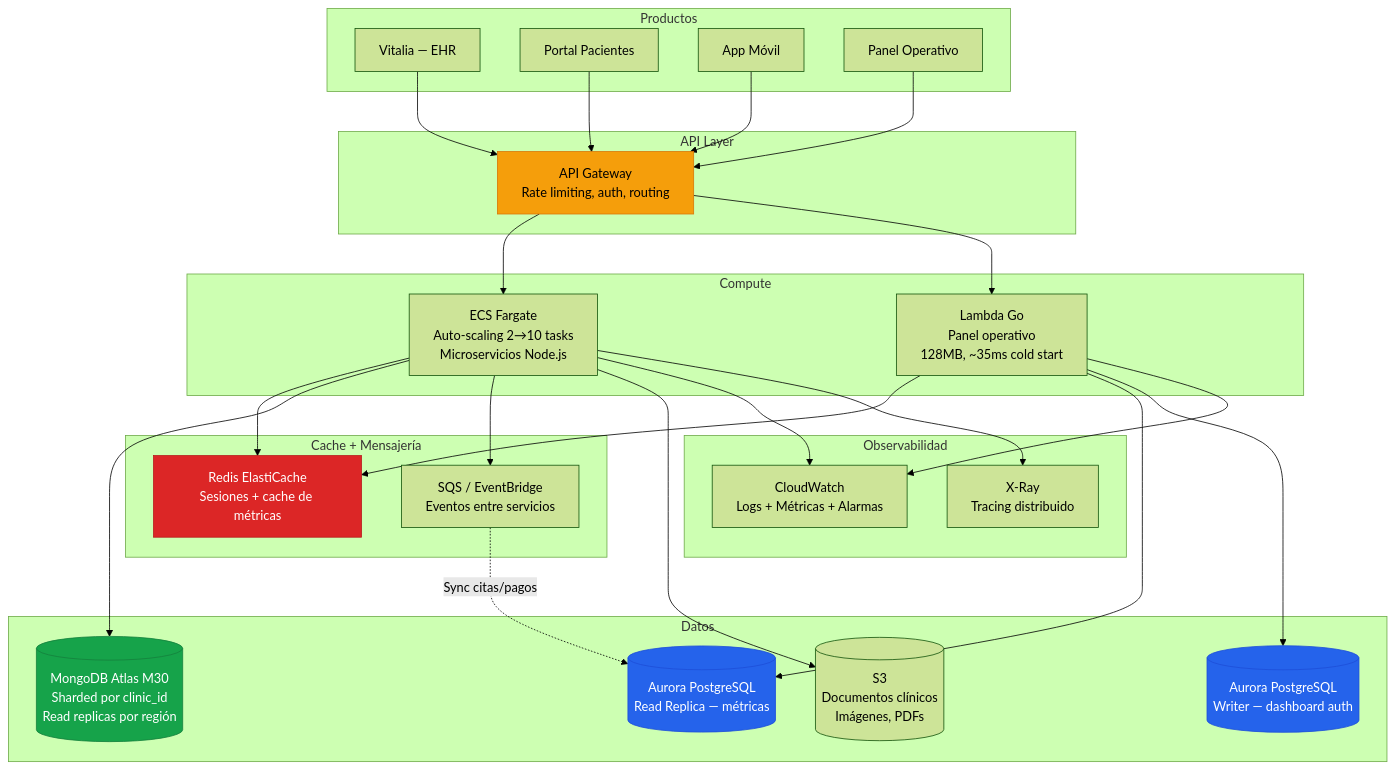
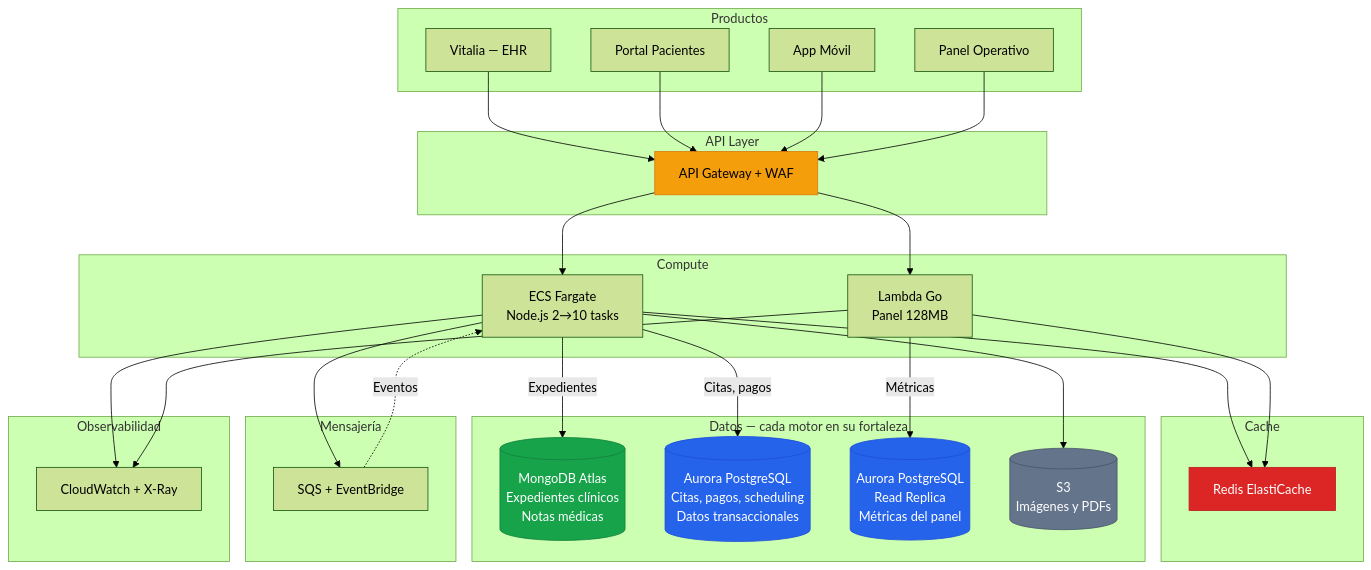
Diagram 13 of 20 in README.md (gmeono94/nua-salud-panel), drawn with Mermaid (forest theme) before and after one commit. The commit also changed other lines of this file, not shown here.

First line of the commit message:
docs: comprehensive README rewrite with CTO-level architecture decisions

````diff
--- a/README.md
+++ b/README.md
@@ -694,63 +700,65 @@
 ```mermaid
 graph TB
     subgraph "Productos"
         V[Vitalia — EHR]
         PP[Portal Pacientes]
         MA[App Móvil]
         DP[Panel Operativo]
     end
 
     subgraph "API Layer"
-        APIGW[API Gateway<br/>Rate limiting, auth, routing]
+        APIGW[API Gateway + WAF]
     end
 
     subgraph "Compute"
-        ECS[ECS Fargate<br/>Auto-scaling 2→10 tasks<br/>Microservicios Node.js]
-        LAM[Lambda Go<br/>Panel operativo<br/>128MB, ~35ms cold start]
+        ECS[ECS Fargate<br/>Node.js 2→10 tasks]
+        LAM[Lambda Go<br/>Panel 128MB]
     end
 
-    subgraph "Cache + Mensajería"
-        RC[Redis ElastiCache<br/>Sesiones + cache de métricas]
-        SQS[SQS / EventBridge<br/>Eventos entre servicios]
+    subgraph "Cache"
+        RC[Redis ElastiCache]
     end
 
-    subgraph "Datos"
-        MDB[(MongoDB Atlas M30<br/>Sharded por clinic_id<br/>Read replicas por región)]
-        PGW[(Aurora PostgreSQL<br/>Writer — dashboard auth)]
-        PGR[(Aurora PostgreSQL<br/>Read Replica — métricas)]
-        S3D[(S3<br/>Documentos clínicos<br/>Imágenes, PDFs)]
+    subgraph "Mensajería"
+        SQS[SQS + EventBridge]
+    end
+
+    subgraph "Datos — cada motor en su fortaleza"
+        MDB[(MongoDB Atlas<br/>Expedientes clínicos<br/>Notas médicas)]
+        PGT[(Aurora PostgreSQL<br/>Citas, pagos, scheduling<br/>Datos transaccionales)]
+        PGR[(Aurora PostgreSQL<br/>Read Replica<br/>Métricas del panel)]
+        S3D[(S3<br/>Imágenes y PDFs)]
     end
 
     subgraph "Observabilidad"
-        CW[CloudWatch<br/>Logs + Métricas + Alarmas]
-        XR[X-Ray<br/>Tracing distribuido]
+        CW[CloudWatch + X-Ray]
     end
 
     V --> APIGW
     PP --> APIGW
     MA --> APIGW
     DP --> APIGW
 
     APIGW --> ECS
     APIGW --> LAM
 
     ECS --> RC
-    ECS --> MDB
+    ECS -->|Expedientes| MDB
+    ECS -->|Citas, pagos| PGT
     ECS --> SQS
     ECS --> S3D
     LAM --> RC
-    LAM --> PGR
-    LAM --> PGW
+    LAM -->|Métricas| PGR
 
-    SQS -.->|Sync citas/pagos| PGR
+    SQS -.->|Eventos| ECS
 
     ECS --> CW
     LAM --> CW
-    ECS --> XR
 
     style APIGW fill:#f59e0b,stroke:#d97706,color:#000
     style RC fill:#dc2626,stroke:#b91c1c,color:#fff
     style MDB fill:#16a34a,stroke:#15803d,color:#fff
-    style PGW fill:#2563eb,stroke:#1d4ed8,color:#fff
+    style PGT fill:#2563eb,stroke:#1d4ed8,color:#fff
     style PGR fill:#2563eb,stroke:#1d4ed8,color:#fff
+    style S3D fill:#64748b,stroke:#475569,color:#fff
 ```
````
